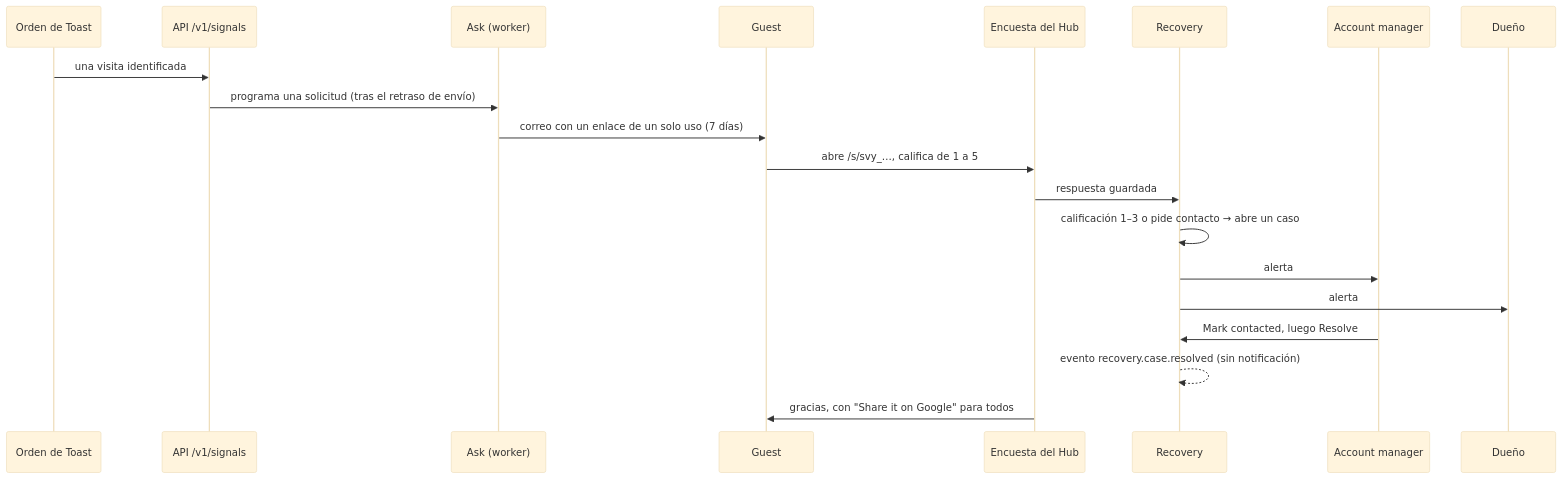
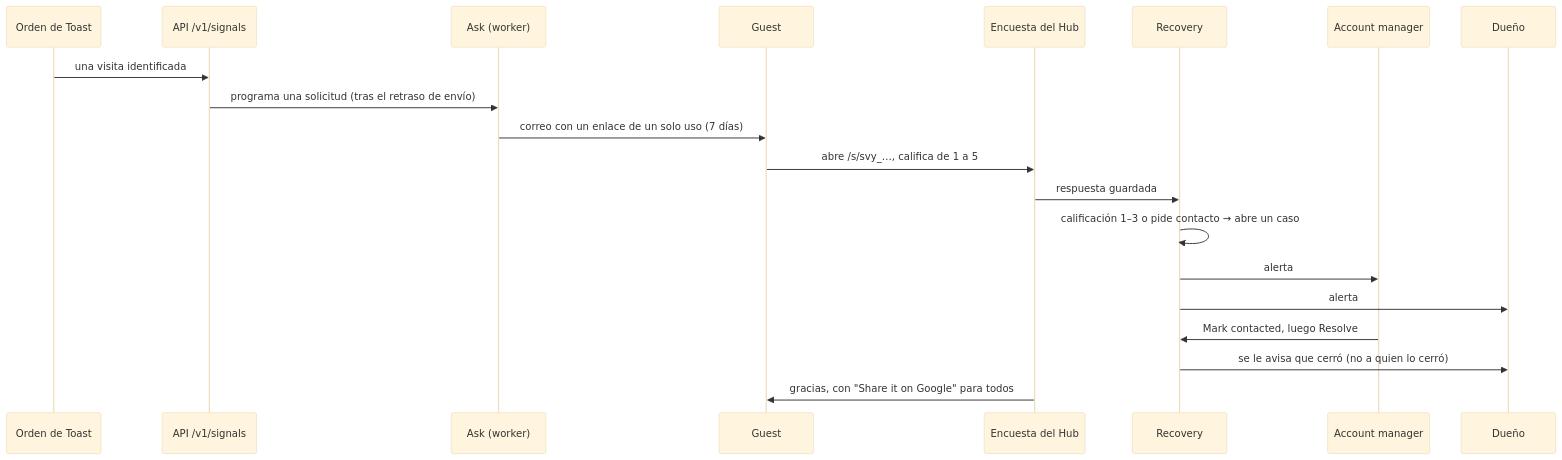
The diagram in apps/docs/i18n/es/docusaurus-plugin-content-docs/current/product/using-the-system.md (atriumad/atrium.agent.system), drawn with Mermaid (base theme) before and after one commit. The commit also changed other lines of this file and 5 other files, not shown here.

First line of the commit message:
feat(reputation): tell the owners and the team when a case is resolved

````diff
--- a/apps/docs/i18n/es/docusaurus-plugin-content-docs/current/product/using-the-system.md
+++ b/apps/docs/i18n/es/docusaurus-plugin-content-docs/current/product/using-the-system.md
@@ -28,23 +28,23 @@
 ```mermaid
 sequenceDiagram
   participant POS as Orden de Toast
   participant API as API /v1/signals
   participant Ask as Ask (worker)
   participant G as Guest
   participant Hub as Encuesta del Hub
   participant Rec as Recovery
   participant AM as Account manager
   participant O as Dueño
 
   POS->>API: una visita identificada
   API->>Ask: programa una solicitud (tras el retraso de envío)
   Ask->>G: correo con un enlace de un solo uso (7 días)
   G->>Hub: abre /s/svy_…, califica de 1 a 5
   Hub->>Rec: respuesta guardada
   Rec->>Rec: calificación 1–3 o pide contacto → abre un caso
   Rec->>AM: alerta
   Rec->>O: alerta
   AM->>Rec: Mark contacted, luego Resolve
-  Rec-->>Rec: evento recovery.case.resolved (sin notificación)
+  Rec->>O: se le avisa que cerró (no a quien lo cerró)
   Hub->>G: gracias, con "Share it on Google" para todos
 ```
````
